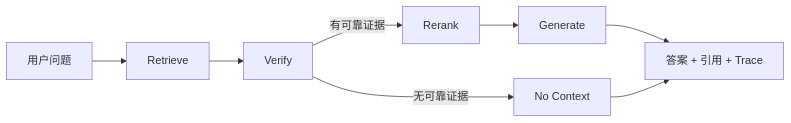
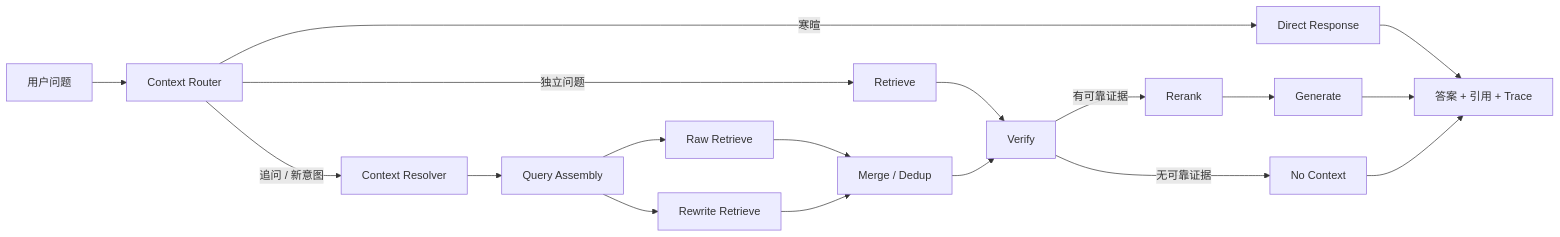
Before and after one commit to asshunter111/enterprise-knowledge-agent: the diagram in README.md, drawn with Mermaid. The commit also changed other lines of this file and 1 other file, not shown here.

First line of the commit message:
docs: document context-aware multi-turn pipeline

````diff
--- a/README.md
+++ b/README.md
@@ -7,10 +7,20 @@
 ```mermaid
 flowchart LR
-    A[用户问题] --> B[Retrieve]
-    B --> C[Verify]
-    C -->|有可靠证据| D[Rerank]
-    C -->|无可靠证据| E[No Context]
-    D --> F[Generate]
-    F --> G[答案 + 引用 + Trace]
-    E --> G
+    A[用户问题] --> B[Context Router]
+    B -->|寒暄| C[Direct Response]
+    B -->|独立问题| D[Retrieve]
+    B -->|追问 / 新意图| E[Context Resolver]
+    E --> F[Query Assembly]
+    F --> G[Raw Retrieve]
+    F --> H[Rewrite Retrieve]
+    G --> I[Merge / Dedup]
+    H --> I
+    D --> J[Verify]
+    I --> J
+    J -->|有可靠证据| K[Rerank]
+    J -->|无可靠证据| L[No Context]
+    K --> M[Generate]
+    M --> N[答案 + 引用 + Trace]
+    C --> N
+    L --> N
 ```
````
